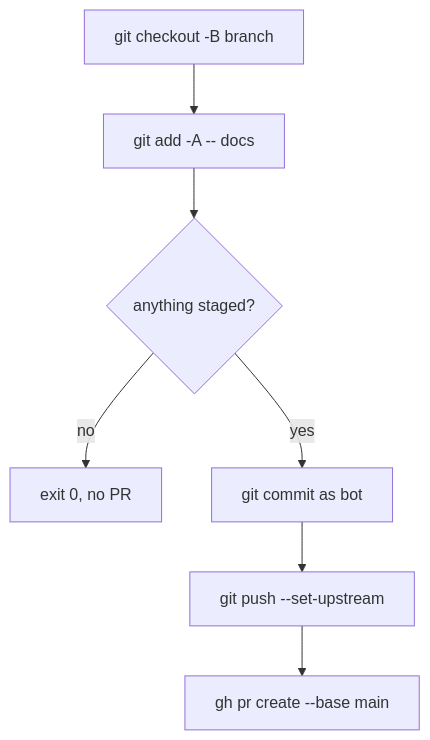
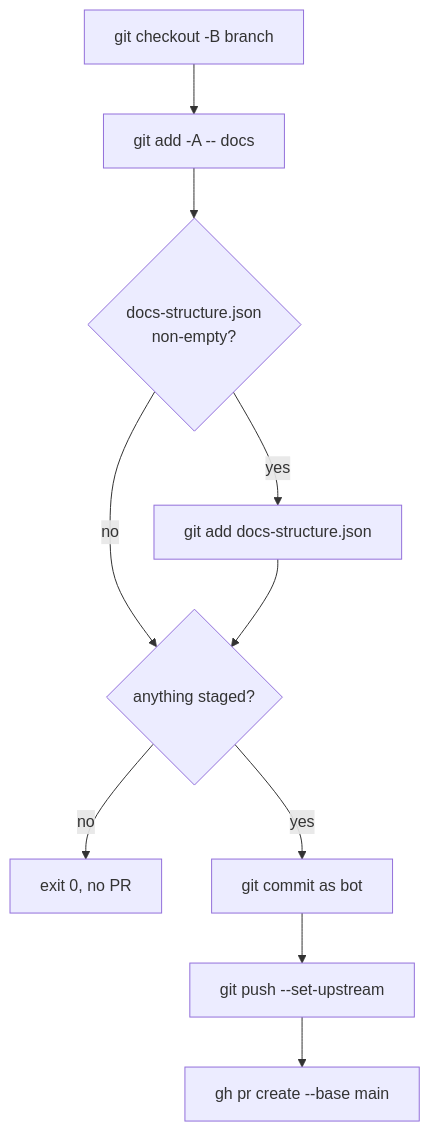
Diagram 11 of 11 in get-translations-from-crowdin.md (pagopa/devportal-docs-translations), drawn with Mermaid before and after one commit. The commit also changed other lines of this file, not shown here.

````diff
--- a/get-translations-from-crowdin.md
+++ b/get-translations-from-crowdin.md
@@ -393,9 +446,12 @@
 ```mermaid
 flowchart TD
     A[git checkout -B branch] --> B[git add -A -- docs]
-    B --> C{anything staged?}
+    B --> B2{docs-structure.json<br/>non-empty?}
+    B2 -- yes --> B3[git add docs-structure.json]
+    B2 -- no --> C
+    B3 --> C{anything staged?}
     C -- no --> D[exit 0, no PR]
     C -- yes --> E[git commit as bot]
     E --> F[git push --set-upstream]
     F --> G[gh pr create --base main]
 ```
````
